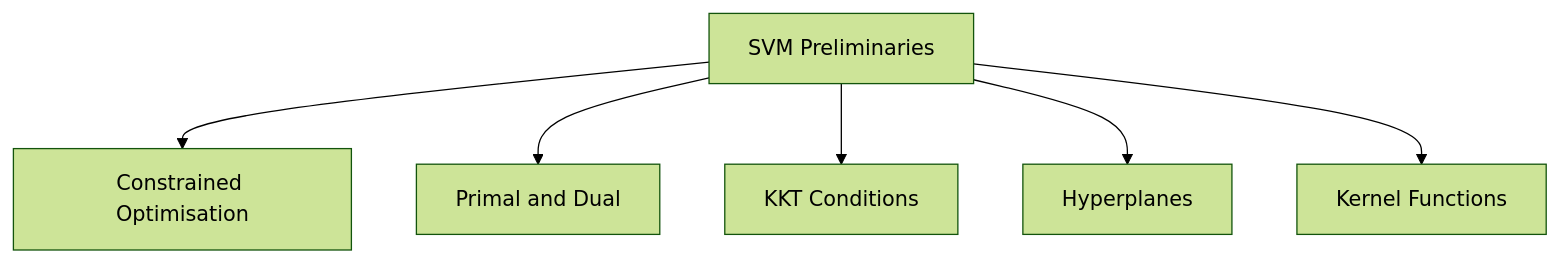
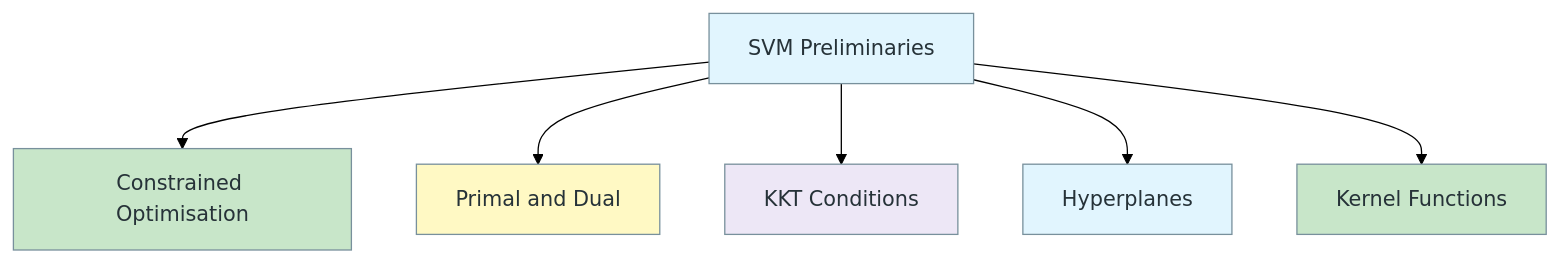
One commit to arshadhs/arshadhs.github.io changed the diagram in content/docs/ai/maths/010-linear-algebra/07-dimensionality-reduction/14-mathematical-preliminaries-for-svm.md. Above: the diagram before and after it, drawn with Mermaid (forest theme). The commit also changed other lines of this file and 3 other files, not shown here.

```diff
--- a/content/docs/ai/maths/010-linear-algebra/07-dimensionality-reduction/14-mathematical-preliminaries-for-svm.md
+++ b/content/docs/ai/maths/010-linear-algebra/07-dimensionality-reduction/14-mathematical-preliminaries-for-svm.md
@@ -29,8 +29,14 @@
 {{< mermaid >}}
 flowchart TD
     A[SVM Preliminaries] --> B[Constrained Optimisation]
     A --> C[Primal and Dual]
     A --> D[KKT Conditions]
     A --> E[Hyperplanes]
     A --> F[Kernel Functions]
+    style A fill:#E1F5FE,stroke:#78909C,stroke-width:1px,color:#263238
+    style B fill:#C8E6C9,stroke:#78909C,stroke-width:1px,color:#263238
+    style C fill:#FFF9C4,stroke:#78909C,stroke-width:1px,color:#263238
+    style D fill:#EDE7F6,stroke:#78909C,stroke-width:1px,color:#263238
+    style E fill:#E1F5FE,stroke:#78909C,stroke-width:1px,color:#263238
+    style F fill:#C8E6C9,stroke:#78909C,stroke-width:1px,color:#263238
 {{< /mermaid >}}
```
